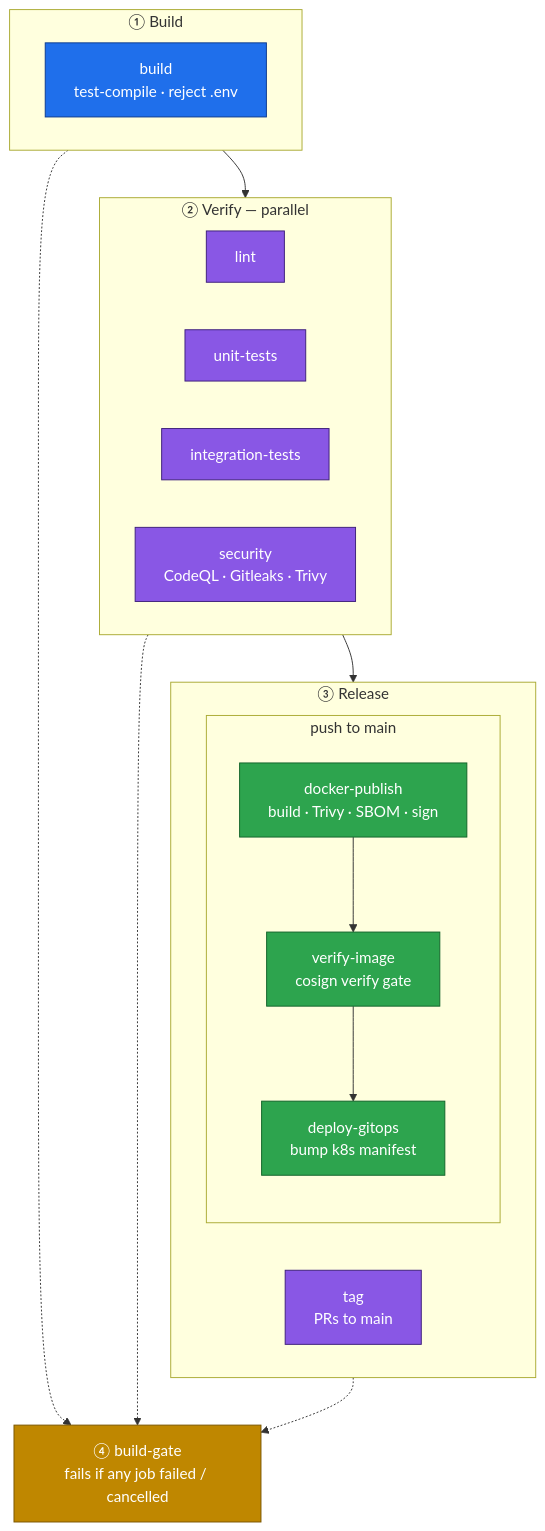
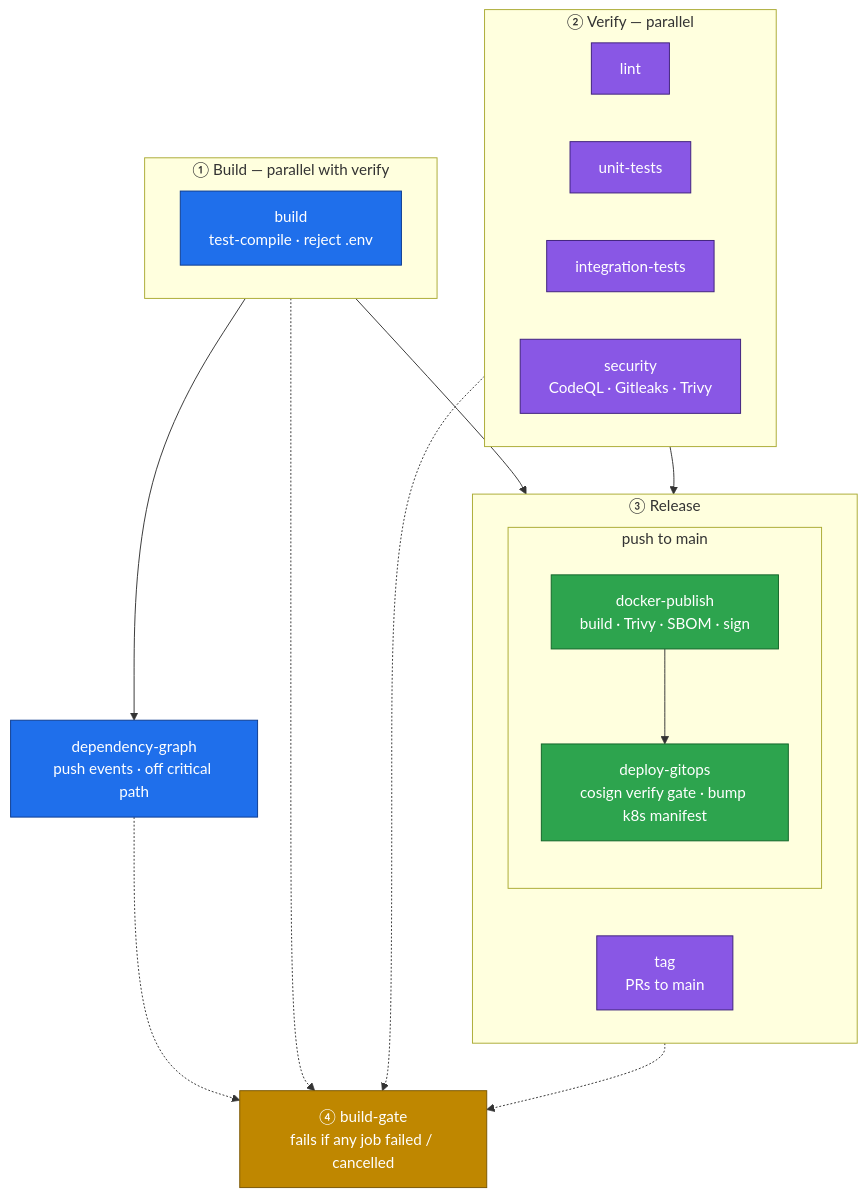
Before and after one commit to Bigorno12/ci-cd-templates: the diagram in README.md, drawn with Mermaid. The commit also changed other lines of this file and 12 other files, not shown here.

````diff
--- a/README.md
+++ b/README.md
@@ -53,44 +53,47 @@
 ```mermaid
 flowchart TD
-    subgraph s1["① Build"]
+    subgraph s1["① Build — parallel with verify"]
         B["build<br/>test-compile · reject .env"]
     end
+
+    DG["dependency-graph<br/>push events · off critical path"]
 
     subgraph s2["② Verify — parallel"]
         direction LR
         L["lint"]
         U["unit-tests"]
         I["integration-tests"]
         SEC["security<br/>CodeQL · Gitleaks · Trivy"]
     end
 
     subgraph s3["③ Release"]
         direction LR
         T["tag<br/>PRs to main"]
         subgraph s3b["push to main"]
             direction TB
             D["docker-publish<br/>build · Trivy · SBOM · sign"]
-            V["verify-image<br/>cosign verify gate"]
-            G["deploy-gitops<br/>bump k8s manifest"]
-            D --> V --> G
+            G["deploy-gitops<br/>cosign verify gate · bump k8s manifest"]
+            D --> G
         end
     end
 
     GATE["④ build-gate<br/>fails if any job failed / cancelled"]
 
-    s1 --> s2
+    s1 --> DG
+    s1 --> s3
     s2 --> s3
     s1 -.-> GATE
+    DG -.-> GATE
     s2 -.-> GATE
     s3 -.-> GATE
 
     classDef build  fill:#1f6feb,stroke:#0b3a8f,color:#fff;
     classDef verify fill:#8957e5,stroke:#3d1f7a,color:#fff;
     classDef supply fill:#2da44e,stroke:#116329,color:#fff;
     classDef gate   fill:#bf8700,stroke:#7a5600,color:#fff;
 
     class B,DG build;
     class L,U,I,SEC,T verify;
-    class D,V,G supply;
+    class D,G supply;
     class GATE gate;
 ```
````
